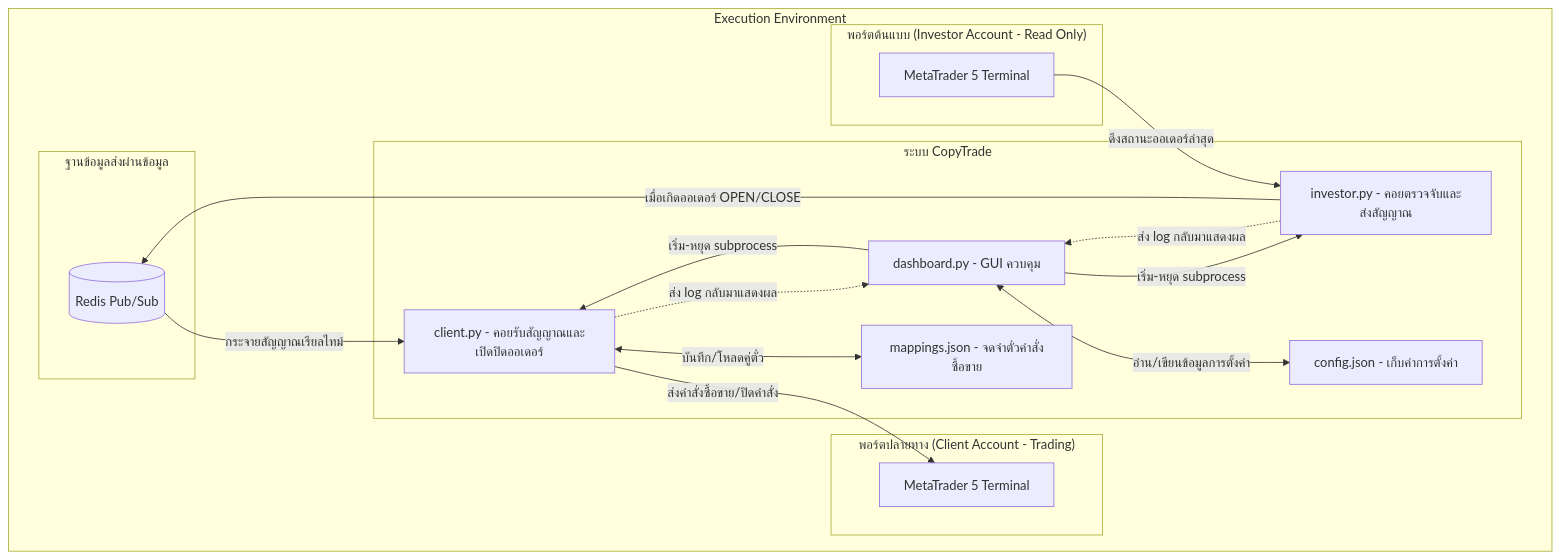
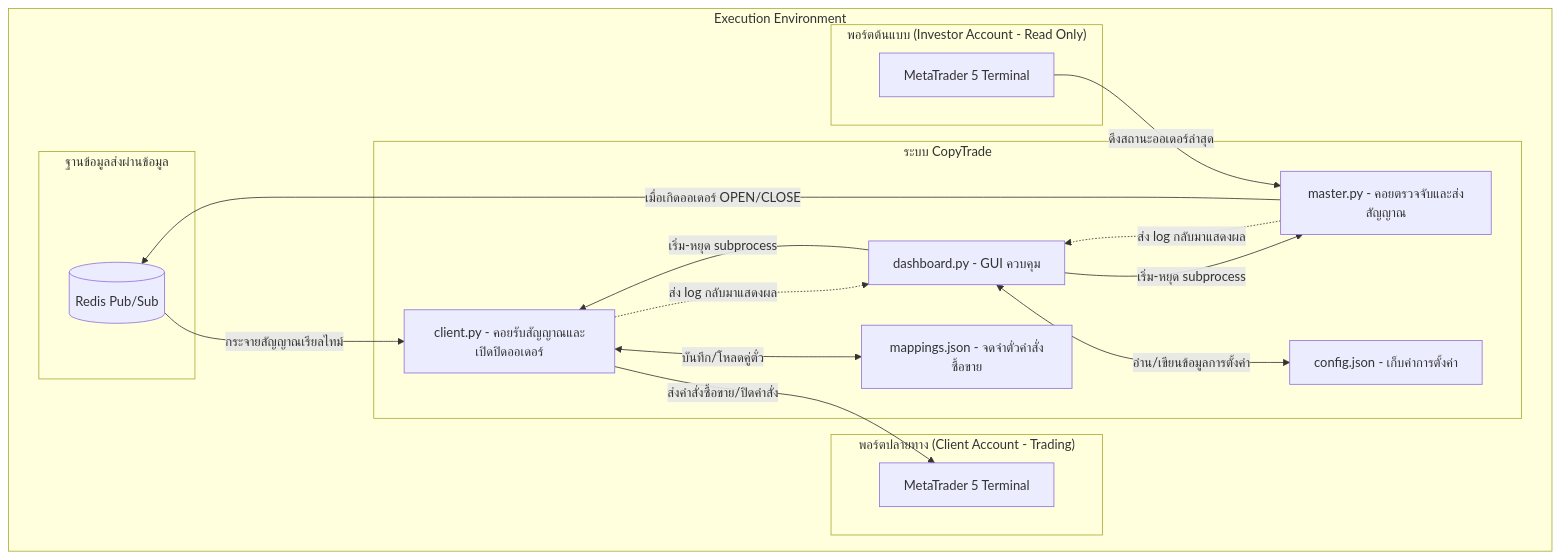
One commit to BlamzKunG/mt5-investor-copytrade changed the diagram in README.md. Above: the diagram before and after it, drawn with Mermaid. The commit also changed other lines of this file, not shown here.

Commit message:
Remove emojis and change investor.py to master.py

````diff
--- a/README.md
+++ b/README.md
@@ -16,40 +16,40 @@
 ```mermaid
 flowchart TD
     subgraph Execution_Environment ["Execution Environment"]
         subgraph Investor_Account ["พอร์ตต้นแบบ (Investor Account - Read Only)"]
             MT5_Investor["MetaTrader 5 Terminal"]
         end
 
         subgraph Client_Account ["พอร์ตปลายทาง (Client Account - Trading)"]
             MT5_Client["MetaTrader 5 Terminal"]
         end
 
         subgraph CopyTrade_System ["ระบบ CopyTrade"]
-            investor_py["investor.py - คอยตรวจจับและส่งสัญญาณ"]
+            master_py["master.py - คอยตรวจจับและส่งสัญญาณ"]
             client_py["client.py - คอยรับสัญญาณและเปิดปิดออเดอร์"]
             dashboard_py["dashboard.py - GUI ควบคุม"]
             config_json["config.json - เก็บค่าการตั้งค่า"]
             mappings_json["mappings.json - จดจำตั๋วคำสั่งซื้อขาย"]
         end
 
         subgraph Message_Broker ["ฐานข้อมูลส่งผ่านข้อมูล"]
             Redis[(Redis Pub/Sub)]
         end
     end
 
     %% Investor Tracking
-    MT5_Investor -->|ดึงสถานะออเดอร์ล่าสุด| investor_py
-    investor_py -->|เมื่อเกิดออเดอร์ OPEN/CLOSE| Redis
+    MT5_Investor -->|ดึงสถานะออเดอร์ล่าสุด| master_py
+    master_py -->|เมื่อเกิดออเดอร์ OPEN/CLOSE| Redis
 
     %% Client Execution
     Redis -->|กระจายสัญญาณเรียลไทม์| client_py
     client_py -->|ส่งคำสั่งซื้อขาย/ปิดคำสั่ง| MT5_Client
     client_py <-->|บันทึก/โหลดคู่ตั๋ว| mappings_json
 
     %% GUI Control
     dashboard_py <-->|อ่าน/เขียนข้อมูลการตั้งค่า| config_json
-    dashboard_py -->|เริ่ม-หยุด subprocess| investor_py
+    dashboard_py -->|เริ่ม-หยุด subprocess| master_py
     dashboard_py -->|เริ่ม-หยุด subprocess| client_py
-    investor_py -.->|ส่ง log กลับมาแสดงผล| dashboard_py
+    master_py -.->|ส่ง log กลับมาแสดงผล| dashboard_py
     client_py -.->|ส่ง log กลับมาแสดงผล| dashboard_py
 ```
````
